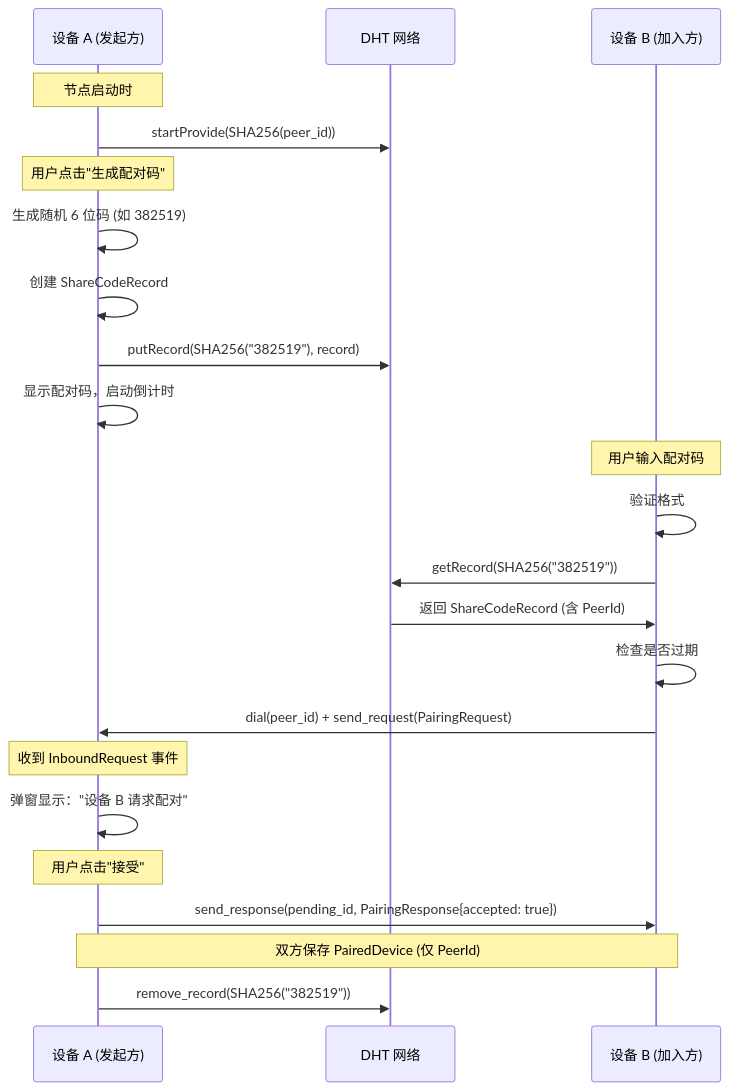
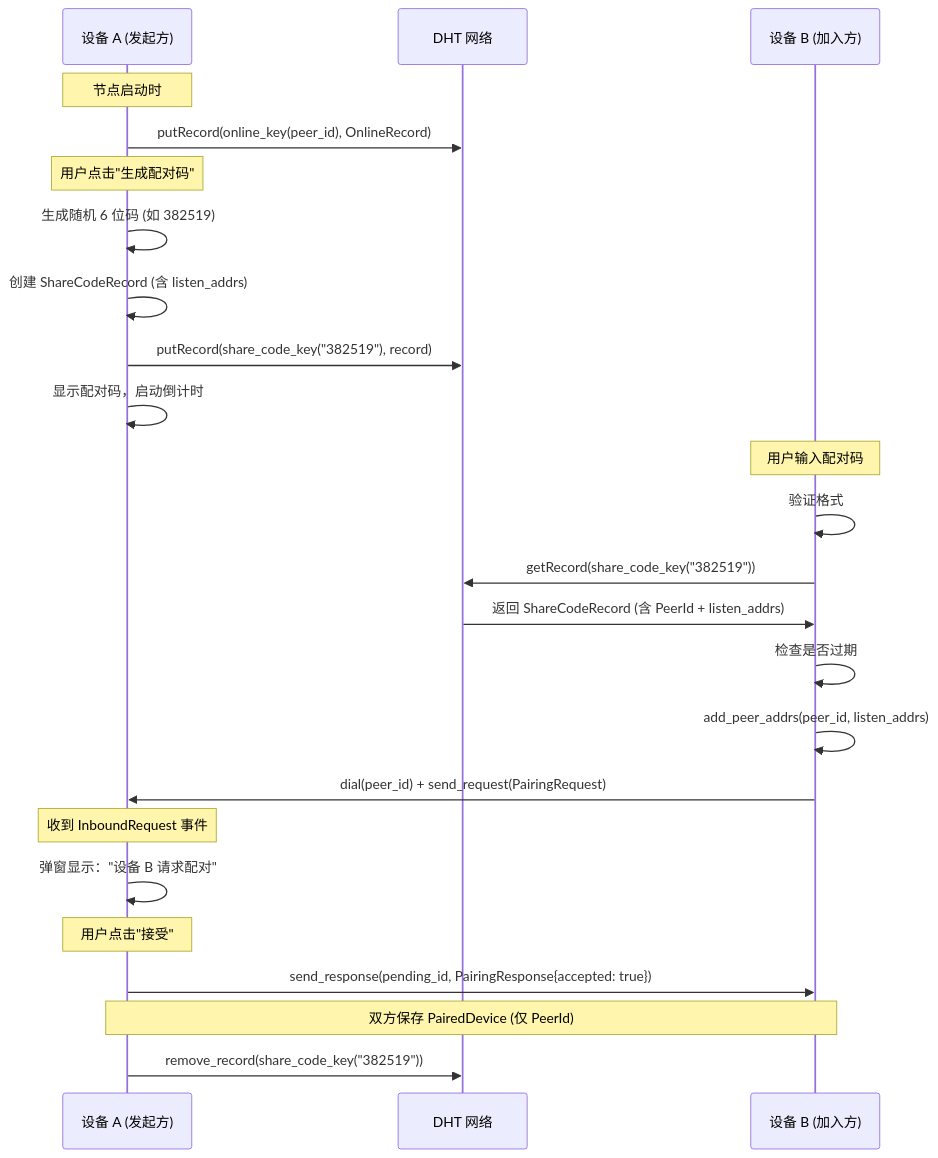
The second of 5 diagrams in dev-notes/design/pairing-implementation.md (yexiyue/SwarmDrop), drawn with Mermaid before and after one commit. The commit also changed other lines of this file and 3 other files, not shown here.

````diff
--- a/dev-notes/design/pairing-implementation.md
+++ b/dev-notes/design/pairing-implementation.md
@@ -307,30 +316,31 @@
 ```mermaid
 sequenceDiagram
     participant A as 设备 A (发起方)
     participant DHT as DHT 网络
     participant B as 设备 B (加入方)
 
     Note over A: 节点启动时
-    A->>DHT: startProvide(SHA256(peer_id))
+    A->>DHT: putRecord(online_key(peer_id), OnlineRecord)
 
     Note over A: 用户点击"生成配对码"
     A->>A: 生成随机 6 位码 (如 382519)
-    A->>A: 创建 ShareCodeRecord
-    A->>DHT: putRecord(SHA256("382519"), record)
+    A->>A: 创建 ShareCodeRecord (含 listen_addrs)
+    A->>DHT: putRecord(share_code_key("382519"), record)
     A->>A: 显示配对码，启动倒计时
 
     Note over B: 用户输入配对码
     B->>B: 验证格式
-    B->>DHT: getRecord(SHA256("382519"))
-    DHT->>B: 返回 ShareCodeRecord (含 PeerId)
+    B->>DHT: getRecord(share_code_key("382519"))
+    DHT->>B: 返回 ShareCodeRecord (含 PeerId + listen_addrs)
     B->>B: 检查是否过期
+    B->>B: add_peer_addrs(peer_id, listen_addrs)
     B->>A: dial(peer_id) + send_request(PairingRequest)
 
     Note over A: 收到 InboundRequest 事件
     A->>A: 弹窗显示："设备 B 请求配对"
     Note over A: 用户点击"接受"
     A->>B: send_response(pending_id, PairingResponse{accepted: true})
 
     Note over A,B: 双方保存 PairedDevice (仅 PeerId)
-    A->>DHT: remove_record(SHA256("382519"))
+    A->>DHT: remove_record(share_code_key("382519"))
 ```
````
